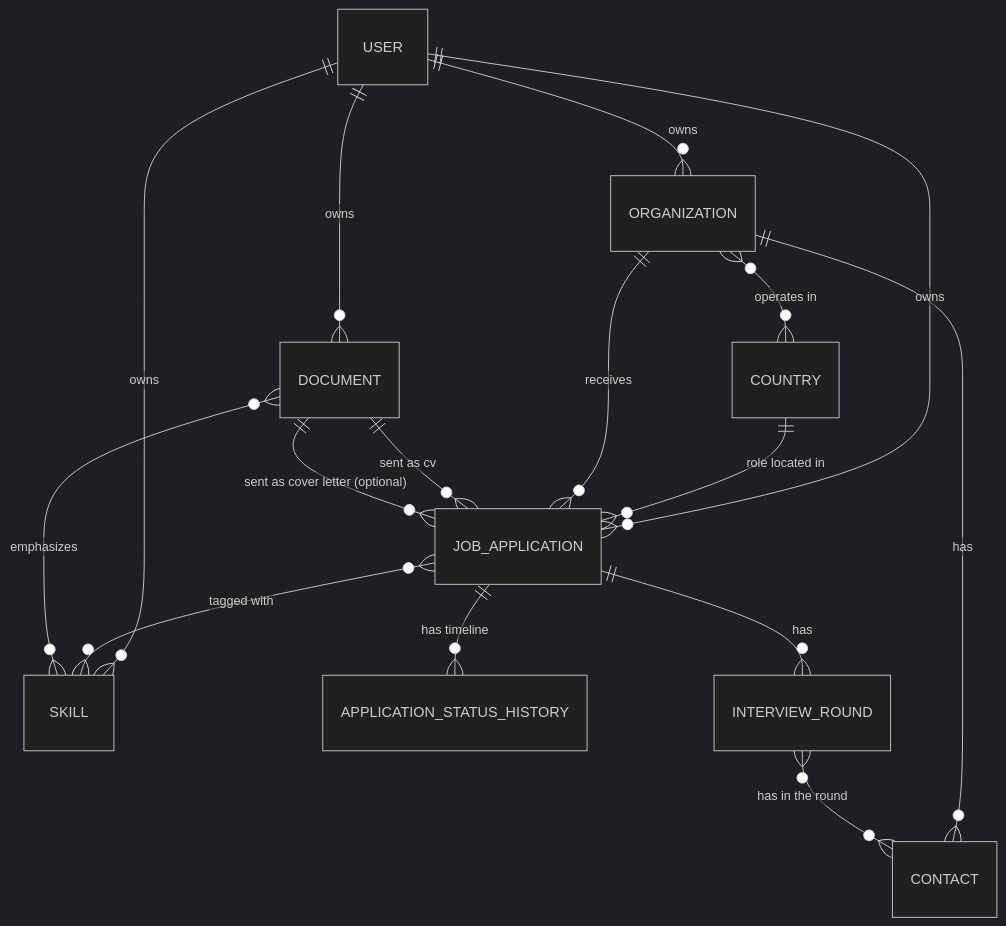
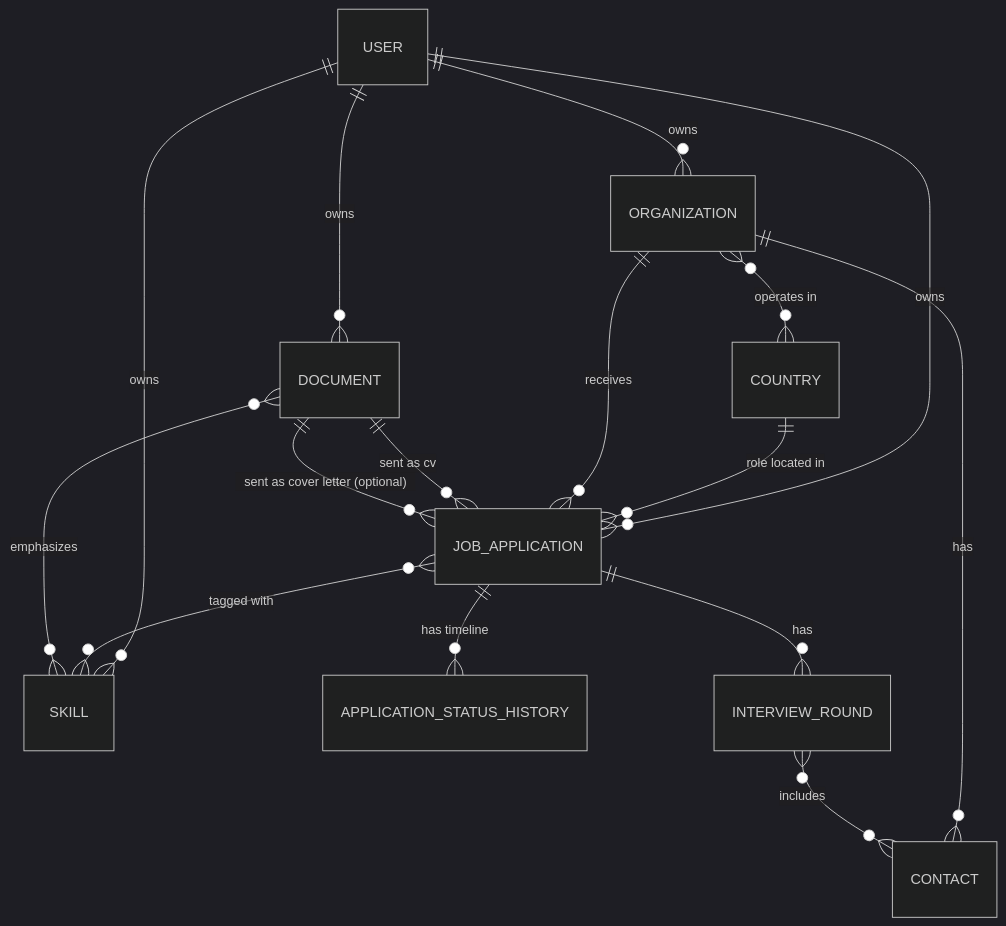
Before and after one commit to mihai2000q/CvTracker: the diagram in docs/01-domain-model.md, drawn with Mermaid (dark theme). The commit also changed other lines of this file and 4 other files, not shown here.

````diff
--- a/docs/01-domain-model.md
+++ b/docs/01-domain-model.md
@@ -196,18 +196,18 @@
 ```mermaid
 erDiagram
     USER ||--o{ ORGANIZATION : "owns"
     USER ||--o{ DOCUMENT : "owns"
     USER ||--o{ SKILL : "owns"
     USER ||--o{ JOB_APPLICATION : "owns"
     COUNTRY ||--o{ JOB_APPLICATION : "role located in"
     ORGANIZATION }o--o{ COUNTRY : "operates in"
     ORGANIZATION ||--o{ JOB_APPLICATION : "receives"
     DOCUMENT ||--o{ JOB_APPLICATION : "sent as cv"
     DOCUMENT ||--o{ JOB_APPLICATION : "sent as cover letter (optional)"
     JOB_APPLICATION ||--o{ APPLICATION_STATUS_HISTORY : "has timeline"
     ORGANIZATION ||--o{ CONTACT : "has"
     JOB_APPLICATION ||--o{ INTERVIEW_ROUND : "has"
-    INTERVIEW_ROUND }o--o{ CONTACT : "has in the round"
+    INTERVIEW_ROUND }o--o{ CONTACT : "includes"
     JOB_APPLICATION }o--o{ SKILL : "tagged with"
     DOCUMENT }o--o{ SKILL : "emphasizes"
 ```
````
